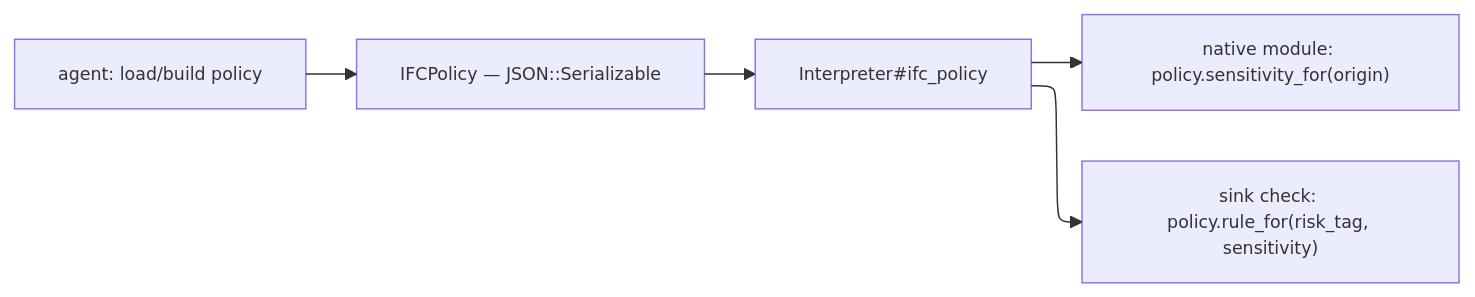
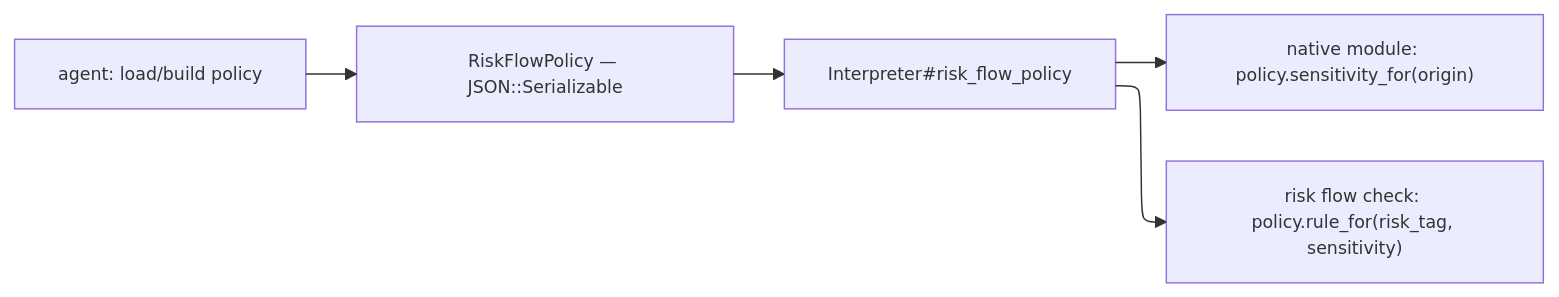
One commit to ModelArmy/adjutant.cr changed the fourth of 4 diagrams in research/IFC_DESIGN.md. Above: the diagram before and after it, drawn with Mermaid. The commit also changed other lines of this file and 16 other files, not shown here.

Commit message:
Rename SecurityLabel/IFCPolicy/FlowLog/SinkAction/SinkRule family to RiskFlow* for naming consistency with static RiskProfile/RiskTag/RiskAggregator

````diff
--- a/research/IFC_DESIGN.md
+++ b/research/IFC_DESIGN.md
@@ -532,14 +540,14 @@
 ```mermaid
 ---
 displayMode: compact
 config:
   layout: elk
   themeVariables:
     fontSize: 12px
 ---
 flowchart LR
-    A["agent: load/build policy"] --> B["IFCPolicy — JSON::Serializable"]
-    B --> C["Interpreter#ifc_policy"]
+    A["agent: load/build policy"] --> B["RiskFlowPolicy — JSON::Serializable"]
+    B --> C["Interpreter#risk_flow_policy"]
     C --> D["native module: policy.sensitivity_for(origin)"]
-    C --> E["sink check: policy.rule_for(risk_tag, sensitivity)"]
+    C --> E["risk flow check: policy.rule_for(risk_tag, sensitivity)"]
 ```
````
